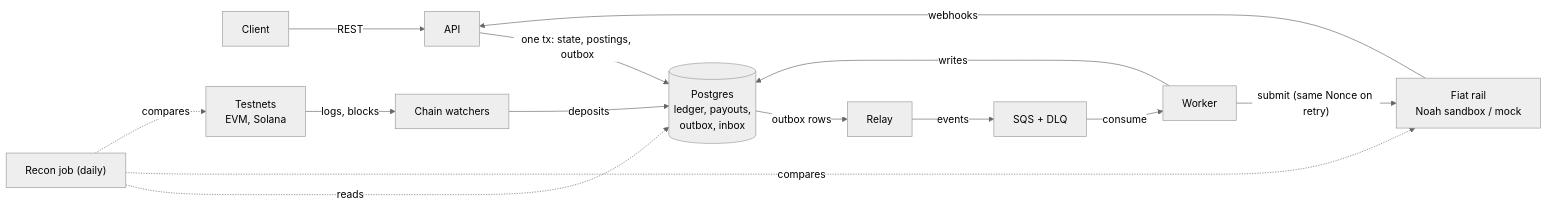
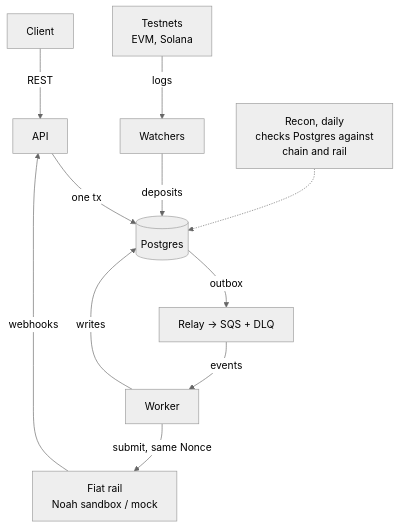
Before and after one commit to darkodi/ferry: the first of 4 diagrams in docs/design.md, drawn with Mermaid (neutral theme).

Commit message:
docs(design): make the architecture diagram compact
Top-to-bottom layout, relay and queue merged into one node, recon's
comparison targets stated in its label instead of long edges.

````diff
--- a/docs/design.md
+++ b/docs/design.md
@@ -29,16 +29,13 @@
 ```mermaid
-flowchart LR
+flowchart TB
     Client -->|REST| API
-    Rail["Fiat rail<br/>Noah sandbox / mock"] -->|webhooks| API
-    API -->|"one tx: state, postings, outbox"| PG[("Postgres<br/>ledger, payouts,<br/>outbox, inbox")]
-    Testnets["Testnets<br/>EVM, Solana"] -->|logs, blocks| Watchers["Chain watchers"]
-    Watchers -->|deposits| PG
-    PG -->|outbox rows| Relay
-    Relay -->|events| SQS["SQS + DLQ"]
-    SQS -->|consume| Worker
+    Chain["Testnets<br/>EVM, Solana"] -->|logs| Watch["Watchers"]
+    API -->|one tx| PG[("Postgres")]
+    Watch -->|deposits| PG
+    PG -->|outbox| Relay["Relay → SQS + DLQ"]
+    Relay -->|events| Worker
     Worker -->|writes| PG
-    Worker -->|"submit (same Nonce on retry)"| Rail
-    Recon["Recon job (daily)"] -.->|reads| PG
-    Recon -.->|compares| Rail
-    Recon -.->|compares| Testnets
+    Worker -->|"submit, same Nonce"| Rail["Fiat rail<br/>Noah sandbox / mock"]
+    Rail -->|webhooks| API
+    Recon["Recon, daily<br/>checks Postgres against<br/>chain and rail"] -.-> PG
 ```
````
